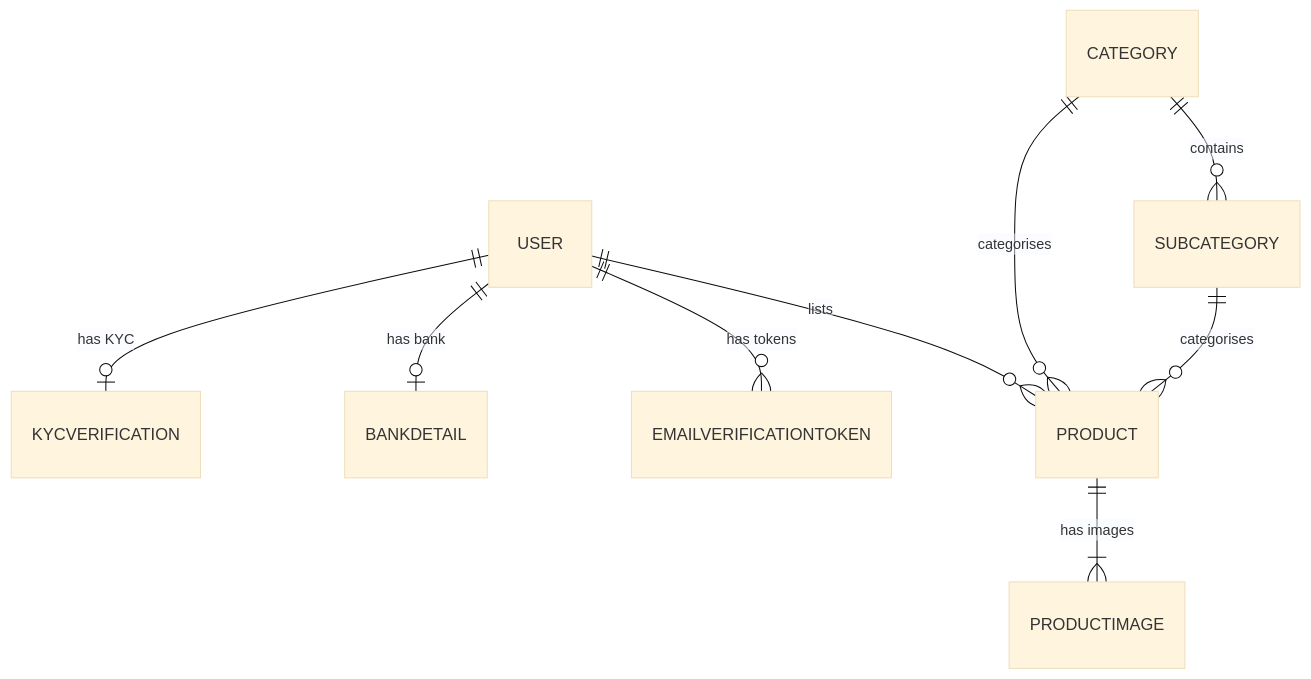
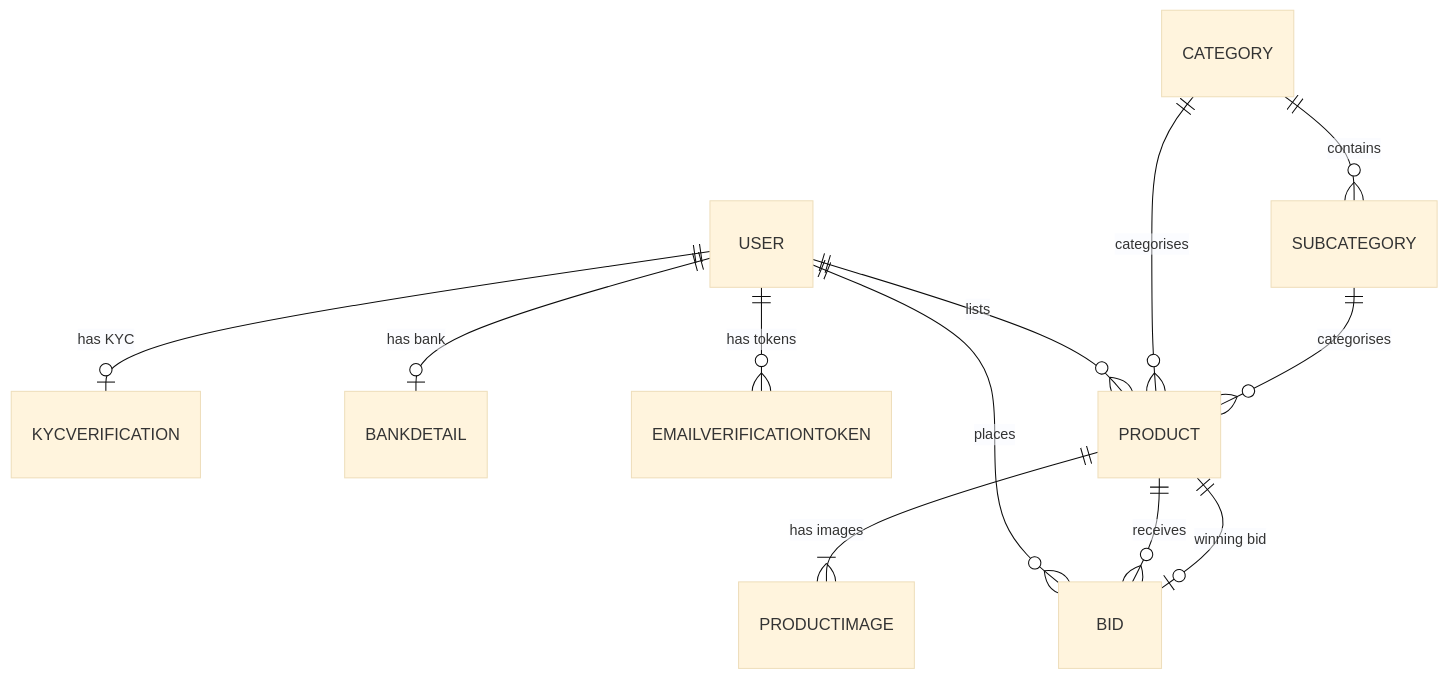
Before and after one commit to PRASESH1999/nestjs-bids-bazar-api: the first of 2 diagrams in docs/database-schema.md, drawn with Mermaid (base theme). The commit also changed other lines of this file and 148 other files, not shown here.

````diff
--- a/docs/database-schema.md
+++ b/docs/database-schema.md
@@ -12,11 +12,14 @@
 ```mermaid
 erDiagram
     USER ||--o| KYCVERIFICATION : "has KYC"
     USER ||--o| BANKDETAIL : "has bank"
     USER ||--o{ EMAILVERIFICATIONTOKEN : "has tokens"
     USER ||--o{ PRODUCT : "lists"
     CATEGORY ||--o{ SUBCATEGORY : "contains"
     CATEGORY ||--o{ PRODUCT : "categorises"
     SUBCATEGORY ||--o{ PRODUCT : "categorises"
     PRODUCT ||--|{ PRODUCTIMAGE : "has images"
+    USER ||--o{ BID : places
+    PRODUCT ||--o{ BID : receives
+    PRODUCT ||--o| BID : "winning bid"
 ```
````
